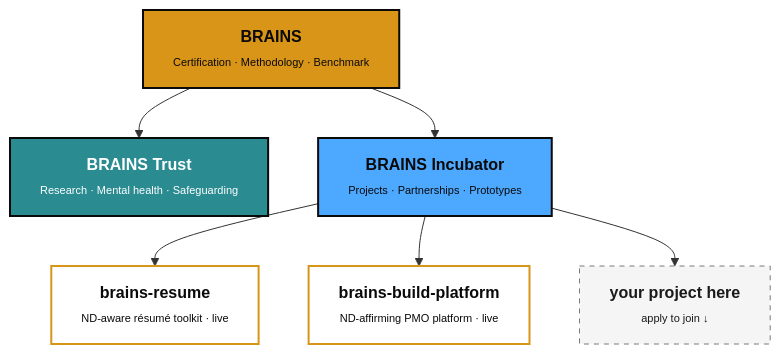
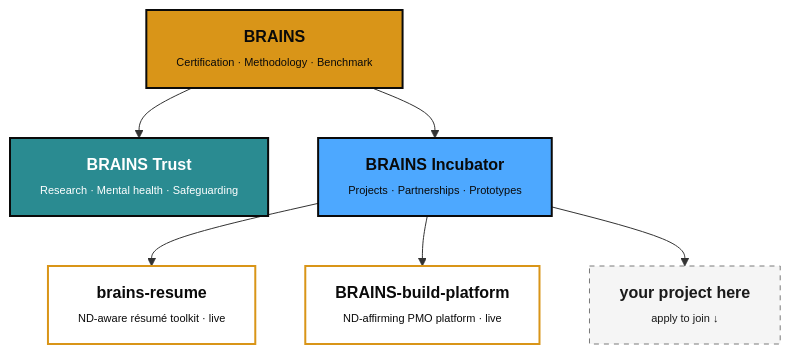
One commit to shard-BRAINS/.github changed the diagram in profile/README.md. Above: the diagram before and after it, drawn with Mermaid. The commit also changed other lines of this file, not shown here.

Commit message:
Update build-platform refs to BRAINS-build-platform (post-rename)

````diff
--- a/profile/README.md
+++ b/profile/README.md
@@ -39,19 +39,19 @@
 ```mermaid
 flowchart TD
     P["<b>BRAINS</b><br/><span style='font-size:11px'>Certification · Methodology · Benchmark</span>"]:::parent
     T["<b>BRAINS Trust</b><br/><span style='font-size:11px'>Research · Mental health · Safeguarding</span>"]:::trust
     I["<b>BRAINS Incubator</b><br/><span style='font-size:11px'>Projects · Partnerships · Prototypes</span>"]:::incubator
     R["<b>brains-resume</b><br/><span style='font-size:11px'>ND-aware résumé toolkit · live</span>"]:::live
-    B["<b>brains-build-platform</b><br/><span style='font-size:11px'>ND-affirming PMO platform · live</span>"]:::live
+    B["<b>BRAINS-build-platform</b><br/><span style='font-size:11px'>ND-affirming PMO platform · live</span>"]:::live
     M["<b>your project here</b><br/><span style='font-size:11px'>apply to join ↓</span>"]:::open
     P --> T
     P --> I
     I --> R
     I --> B
     I --> M
     classDef parent fill:#D99518,stroke:#0A0A0A,stroke-width:2px,color:#0A0A0A
     classDef trust fill:#2A8B91,stroke:#0A0A0A,stroke-width:2px,color:#FFFFFF
     classDef incubator fill:#4DA8FF,stroke:#0A0A0A,stroke-width:2px,color:#0A0A0A
     classDef live fill:#FFFFFF,stroke:#D99518,stroke-width:2px,color:#0A0A0A
     classDef open fill:#F5F5F5,stroke:#7A7A7A,stroke-width:1px,stroke-dasharray:5 5,color:#1A1A1A
 ```
````
